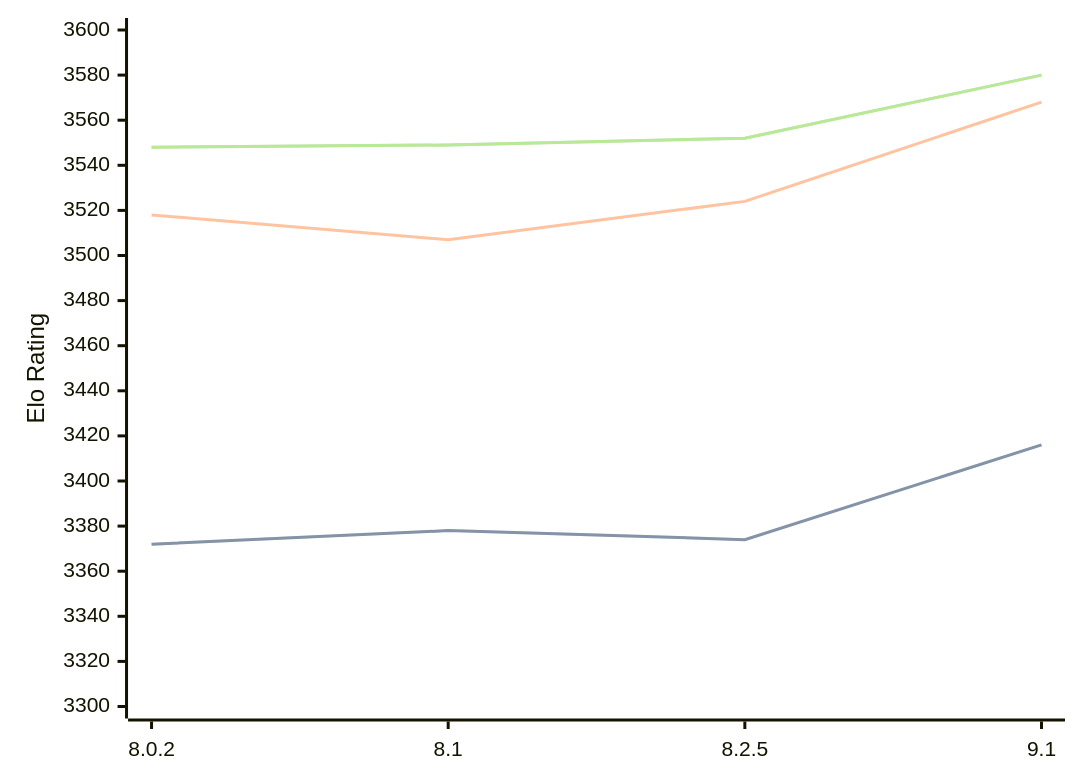
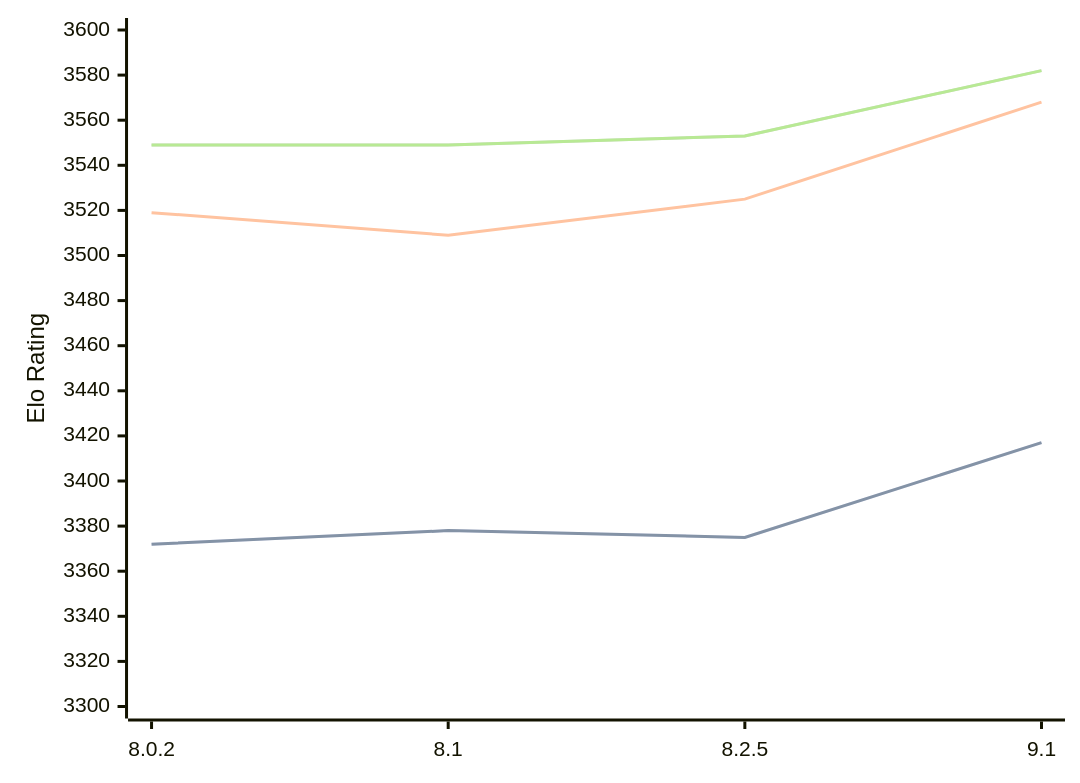
One commit to computer-chess-index/cci changed the diagram in engines/Clover.md. Above: the diagram before and after it, drawn with Mermaid. The commit also changed other lines of this file, not shown here.

Commit message:
Update CCI Ratings (ELO VLTC) - 2026-04-27

````diff
--- a/engines/Clover.md
+++ b/engines/Clover.md
@@ -64,11 +64,11 @@
 ```mermaid
 %%{init: {"theme":"base","themeVariables":{"seriesColors:['#a3a3a3','#222221','#faa371']}}}%%
 xychart-beta
   x-axis ["8.0.2", "8.1", "8.2.5", "9.1"]
   y-axis "Elo Rating" 3300 --> 3600
-  line "STC (8.0+0.08s)" [3372, 3378, 3374, 3416]
-  line "STC (8.0+0.08s)" [3372, 3378, 3374, 3416]
-  line "LTC (60.0+0.60s)" [3518, 3507, 3524, 3568]
-  line "VLTC (2m24s+1.12s)" [3548, 3549, 3552, 3580]
-  line "VLTC (2m24s+1.12s)" [3548, 3549, 3552, 3580]
+  line "STC (8.0+0.08s)" [3372, 3378, 3375, 3417]
+  line "STC (8.0+0.08s)" [3372, 3378, 3375, 3417]
+  line "LTC (60.0+0.60s)" [3519, 3509, 3525, 3568]
+  line "VLTC (2m24s+1.12s)" [3549, 3549, 3553, 3582]
+  line "VLTC (2m24s+1.12s)" [3549, 3549, 3553, 3582]
 ```
````
